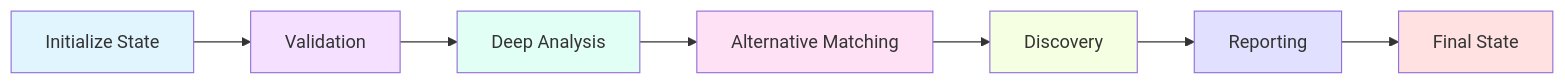
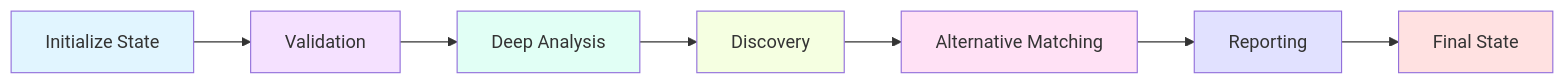
Before and after one commit to fjacquet/finwiz: the seventh of 13 diagrams in docs/explanations/ORCHESTRATOR_INTERACTIONS.md, drawn with Mermaid. The commit also changed other lines of this file, not shown here.

````diff
--- a/docs/explanations/ORCHESTRATOR_INTERACTIONS.md
+++ b/docs/explanations/ORCHESTRATOR_INTERACTIONS.md
@@ -224,17 +234,17 @@
 ```mermaid
 graph LR
     Init[Initialize State] --> Val[Validation]
     Val --> Deep[Deep Analysis]
-    Deep --> Alt[Alternative Matching]
-    Alt --> Disc[Discovery]
-    Disc --> Rep[Reporting]
+    Deep --> Disc[Discovery]
+    Disc --> Alt[Alternative Matching]
+    Alt --> Rep[Reporting]
     Rep --> Final[Final State]
 
     style Init fill:#e1f5ff
     style Val fill:#f5e1ff
     style Deep fill:#e1fff5
     style Alt fill:#ffe1f5
     style Disc fill:#f5ffe1
     style Rep fill:#e1e1ff
     style Final fill:#ffe1e1
 ```
````
